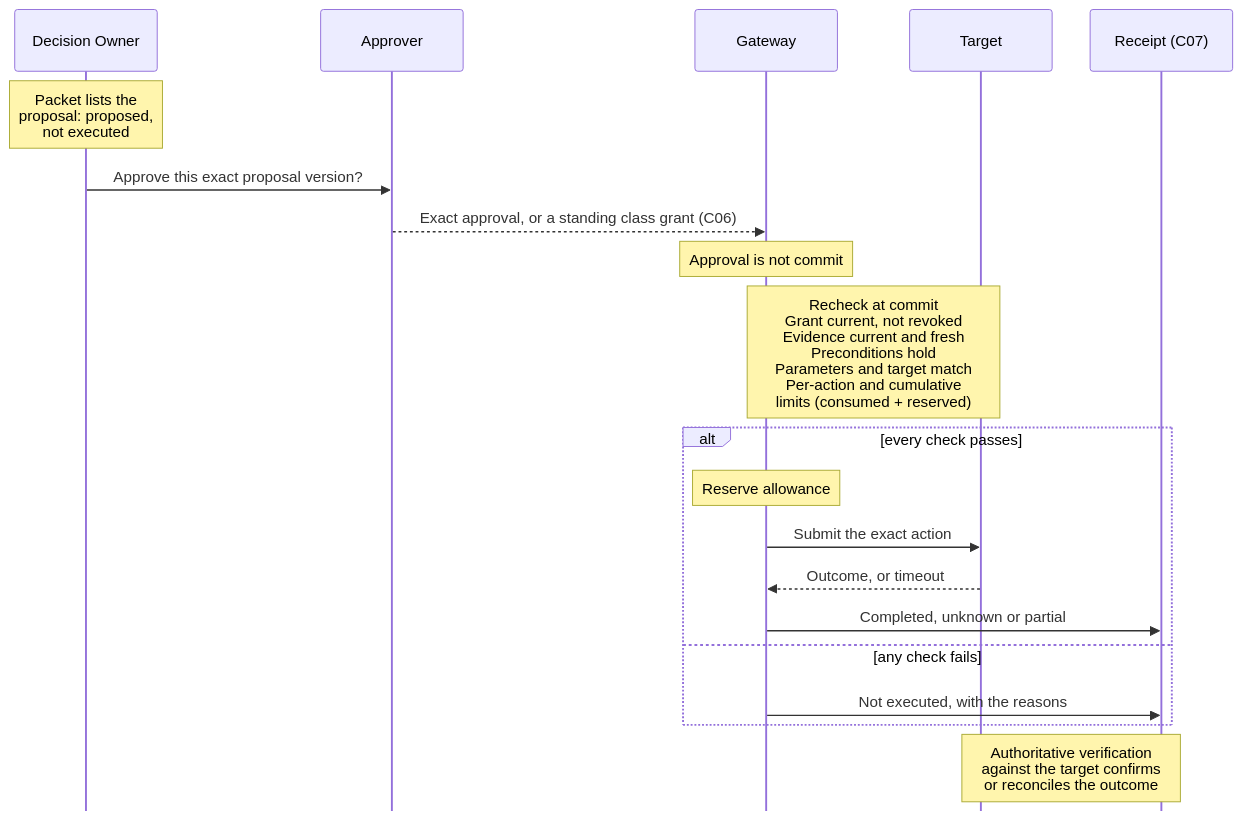
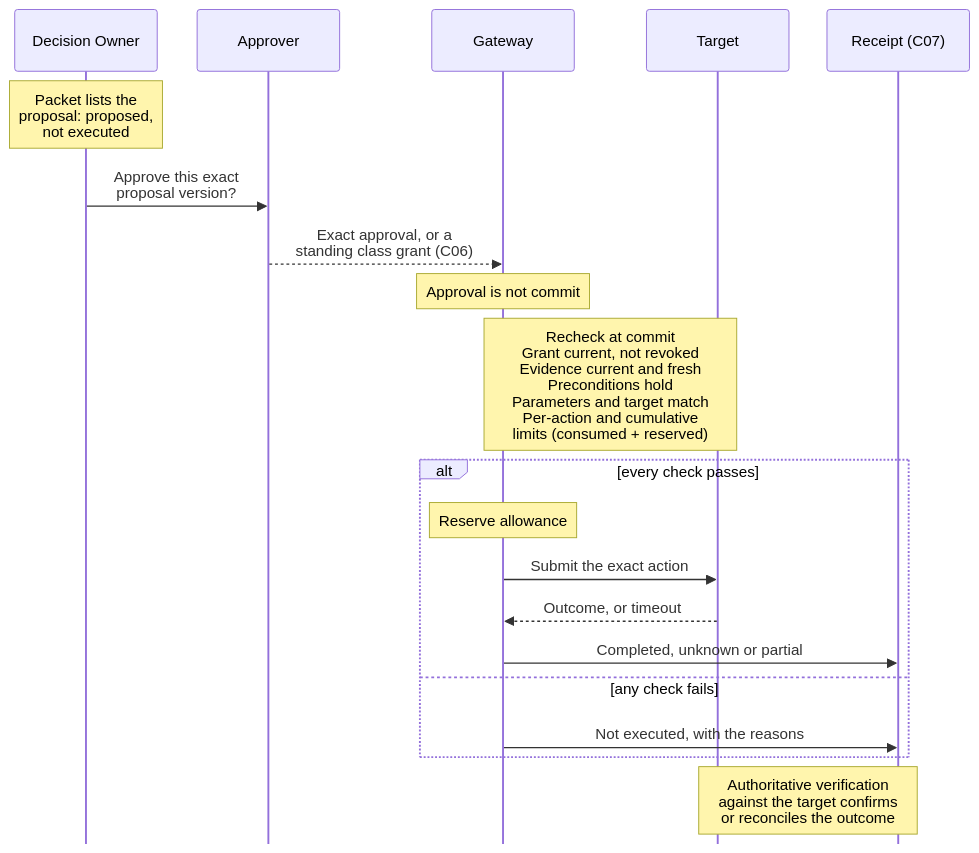
Before and after one commit to andygeorgi/evidence-at-human-scale: the diagram in figures/src/F05.mmd, drawn with Mermaid. The commit also changed 21 other files, not shown here.

```diff
--- a/figures/src/F05.mmd
+++ b/figures/src/F05.mmd
@@ -1,23 +1,23 @@
 %%{init: {"sequence": {"actorMargin": 40, "width": 150, "messageMargin": 30, "mirrorActors": false}}}%%
 sequenceDiagram
     accTitle: From proposal to commit: approval is not commit
     accDescr: A packet lists an action proposal as proposed, not executed. The Decision Owner asks the approver for approval of the exact proposal version, or a standing class grant already covers it. At commit the gateway and executor recheck the grant, the evidence, the preconditions, the parameters and target, and the per-action and cumulative limits, counting consumed and reserved capacity. If every check passes it reserves allowance, submits the action to the target and records a receipt that is completed, unknown or partial. If any check fails it records a not-executed receipt with the reasons. An authoritative verification against the target then confirms or reconciles the outcome.
     participant R as Decision Owner
     participant A as Approver
     participant G as Gateway
     participant T as Target
     participant X as Receipt (C07)
     Note over R: Packet lists the<br/>proposal: proposed,<br/>not executed
-    R->>A: Approve this exact proposal version?
-    A-->>G: Exact approval, or a standing class grant (C06)
+    R->>A: Approve this exact<br/>proposal version?
+    A-->>G: Exact approval, or a<br/>standing class grant (C06)
     Note over G: Approval is not commit
     Note over G,T: Recheck at commit<br/>Grant current, not revoked<br/>Evidence current and fresh<br/>Preconditions hold<br/>Parameters and target match<br/>Per-action and cumulative<br/>limits (consumed + reserved)
     alt every check passes
         Note over G: Reserve allowance
         G->>T: Submit the exact action
         T-->>G: Outcome, or timeout
         G->>X: Completed, unknown or partial
     else any check fails
         G->>X: Not executed, with the reasons
     end
     Note over X,T: Authoritative verification<br/>against the target confirms<br/>or reconciles the outcome
```
